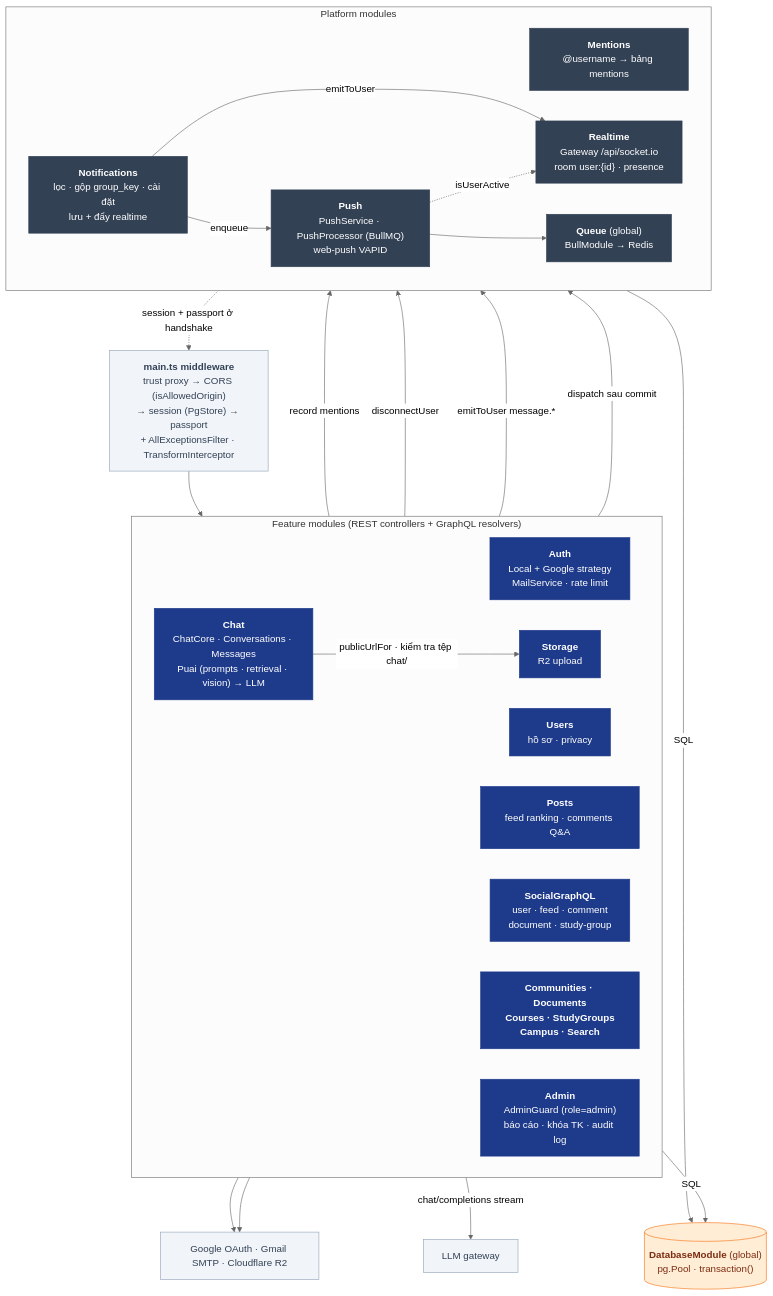
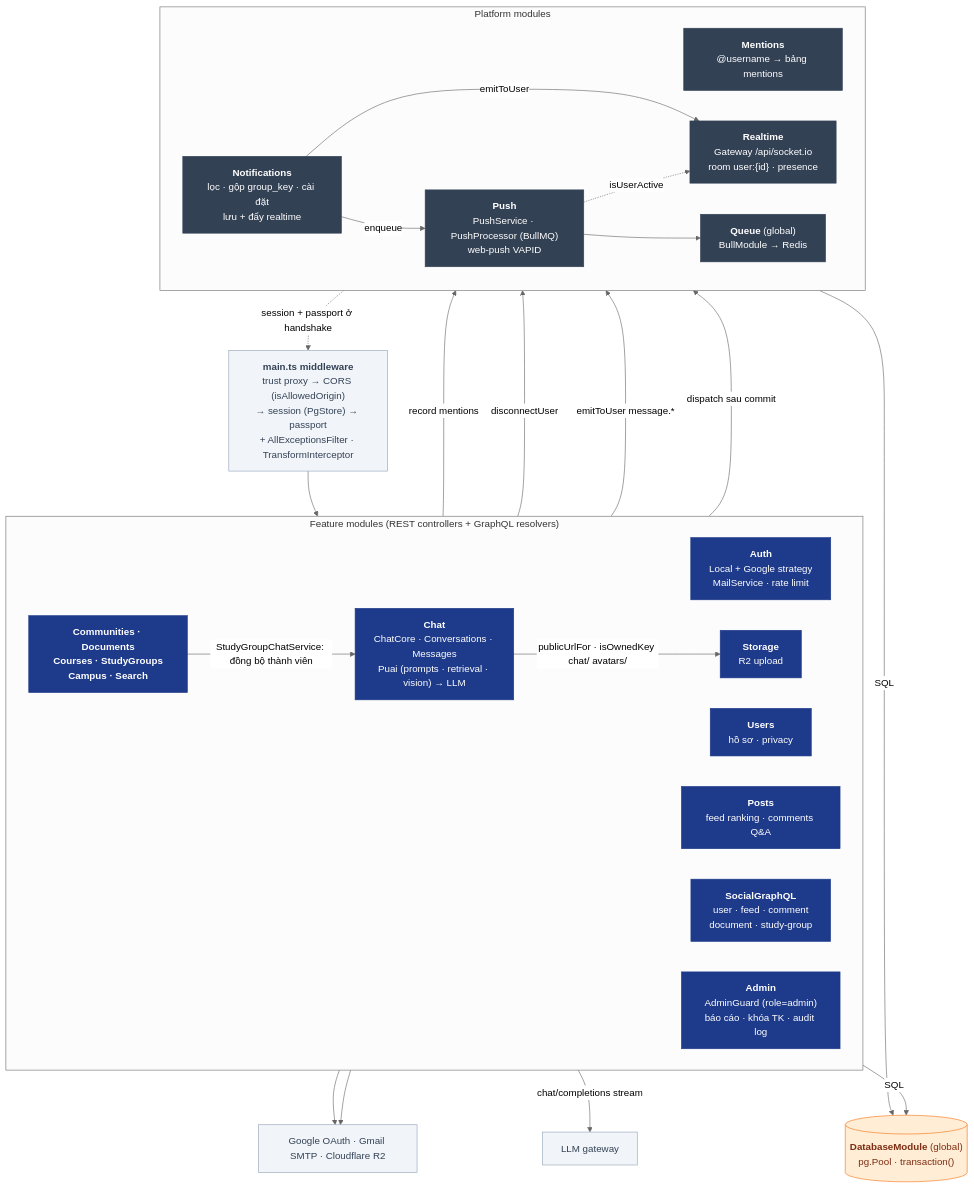
Before and after one commit to nhatcoi/pu-connect: the diagram in docs/diagrams/03-api-components.md, drawn with Mermaid (neutral theme). The commit also changed other lines of this file and 18 other files, not shown here.

Commit message:
feat(chat): link study groups to a group chat

````diff
--- a/docs/diagrams/03-api-components.md
+++ b/docs/diagrams/03-api-components.md
@@ -7,51 +7,52 @@
 ```mermaid
 flowchart TB
   mw["<b>main.ts middleware</b><br/>trust proxy → CORS (isAllowedOrigin)<br/>→ session (PgStore) → passport<br/>+ AllExceptionsFilter · TransformInterceptor"]
 
   subgraph Feature["Feature modules (REST controllers + GraphQL resolvers)"]
     direction LR
     auth["<b>Auth</b><br/>Local + Google strategy<br/>MailService · rate limit"]
     users["<b>Users</b><br/>hồ sơ · privacy"]
     posts["<b>Posts</b><br/>feed ranking · comments Q&A"]
     gql["<b>SocialGraphQL</b><br/>user · feed · comment<br/>document · study-group"]
     others["<b>Communities · Documents<br/>Courses · StudyGroups<br/>Campus · Search</b>"]
     storage["<b>Storage</b><br/>R2 upload"]
     admin["<b>Admin</b><br/>AdminGuard (role=admin)<br/>báo cáo · khóa TK · audit log"]
     chat["<b>Chat</b><br/>ChatCore · Conversations · Messages<br/>Puai (prompts · retrieval · vision) → LLM"]
   end
 
   subgraph Platform["Platform modules"]
     direction LR
     mentions["<b>Mentions</b><br/>@username → bảng mentions"]
     notif["<b>Notifications</b><br/>lọc · gộp group_key · cài đặt<br/>lưu + đẩy realtime"]
     rt["<b>Realtime</b><br/>Gateway /api/socket.io<br/>room user:{id} · presence"]
     push["<b>Push</b><br/>PushService · PushProcessor (BullMQ)<br/>web-push VAPID"]
     queue["<b>Queue</b> (global)<br/>BullModule → Redis"]
   end
 
   db[("<b>DatabaseModule</b> (global)<br/>pg.Pool · transaction()")]
   ext["Google OAuth · Gmail SMTP · Cloudflare R2"]
 
   mw --> Feature
   posts -->|record mentions| mentions
   Feature -->|dispatch sau commit| notif -->|emitToUser| rt
   notif -->|enqueue| push --> queue
   push -. isUserActive .-> rt
   rt -. session + passport ở handshake .-> mw
   Feature -->|SQL| db
   Platform -->|SQL| db
   auth & storage --> ext
   admin -->|disconnectUser| rt
   chat -->|emitToUser message.*| rt
   chat -->|chat/completions stream| llm["LLM gateway"]
-  chat -->|publicUrlFor · kiểm tra tệp chat/| storage
+  chat -->|publicUrlFor · isOwnedKey chat/ avatars/| storage
+  others -->|StudyGroupChatService: đồng bộ thành viên| chat
 
   classDef mod fill:#1e3a8a,stroke:#1e3a8a,color:#fff
   classDef plat fill:#334155,stroke:#334155,color:#fff
   classDef store fill:#ffedd5,stroke:#f97316,color:#7c2d12
   classDef external fill:#f1f5f9,stroke:#94a3b8,color:#334155
   class auth,users,posts,communities,others,storage,gql,admin,chat mod
   class mentions,notif,rt,push,queue plat
   class db store
   class ext,mw,llm external
 ```
````
